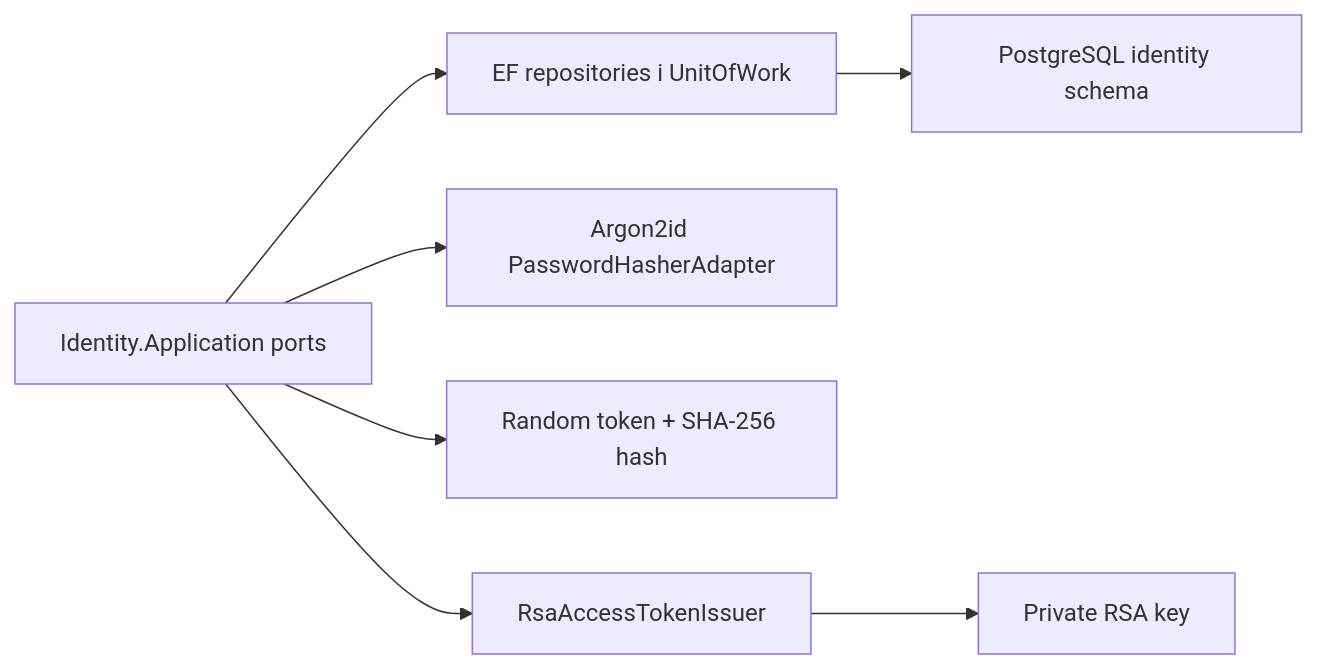
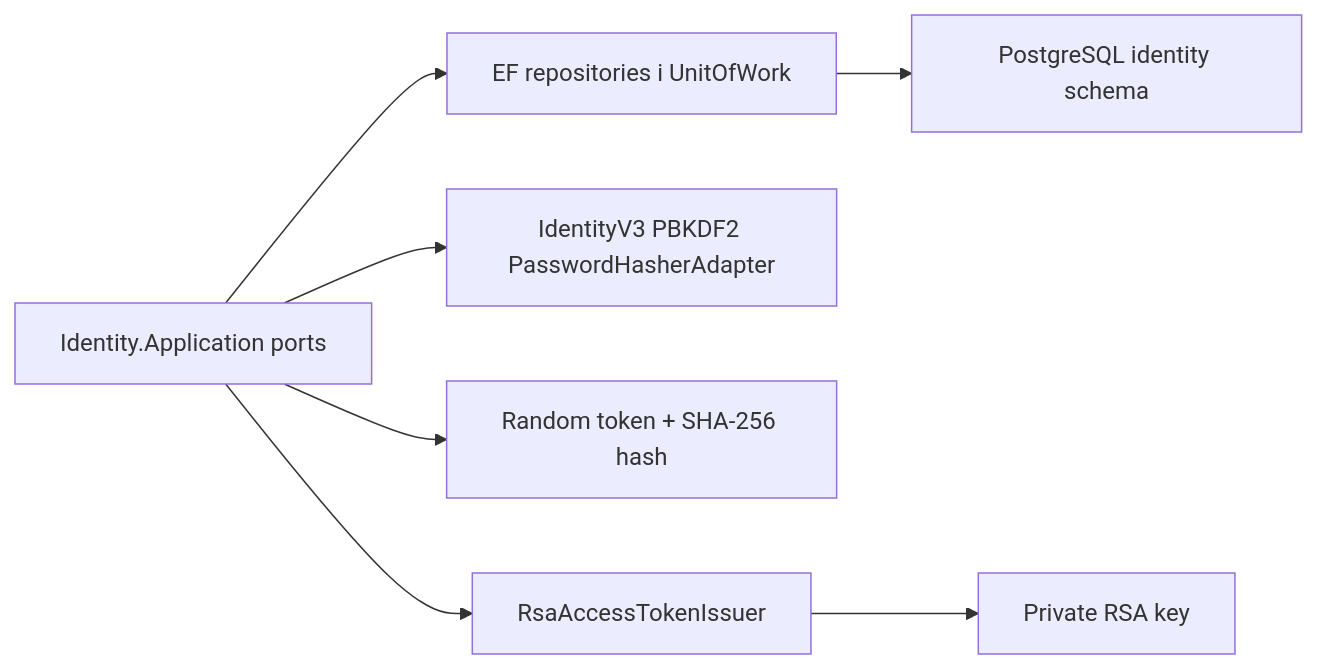
The diagram in src/Services/Identity/AiControlCenter.Identity.Infrastructure/README.md (SqeeZarion/AiControlCenter), drawn with Mermaid before and after one commit. The commit also changed other lines of this file and 58 other files, not shown here.

````diff
--- a/src/Services/Identity/AiControlCenter.Identity.Infrastructure/README.md
+++ b/src/Services/Identity/AiControlCenter.Identity.Infrastructure/README.md
@@ -7,9 +7,9 @@
 ```mermaid
 flowchart LR
     App["Identity.Application ports"] --> Repositories["EF repositories і UnitOfWork"]
     Repositories --> Db["PostgreSQL identity schema"]
-    App --> Password["Argon2id PasswordHasherAdapter"]
+    App --> Password["IdentityV3 PBKDF2 PasswordHasherAdapter"]
     App --> Refresh["Random token + SHA-256 hash"]
     App --> Jwt["RsaAccessTokenIssuer"]
     Jwt --> Private["Private RSA key"]
 ```
````
